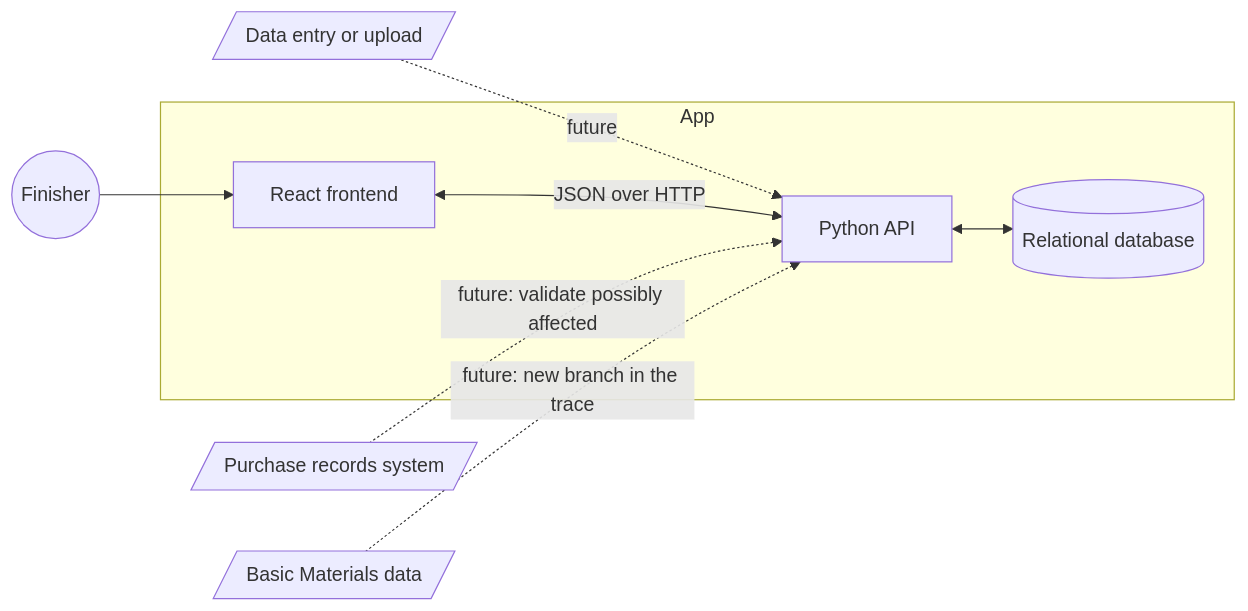
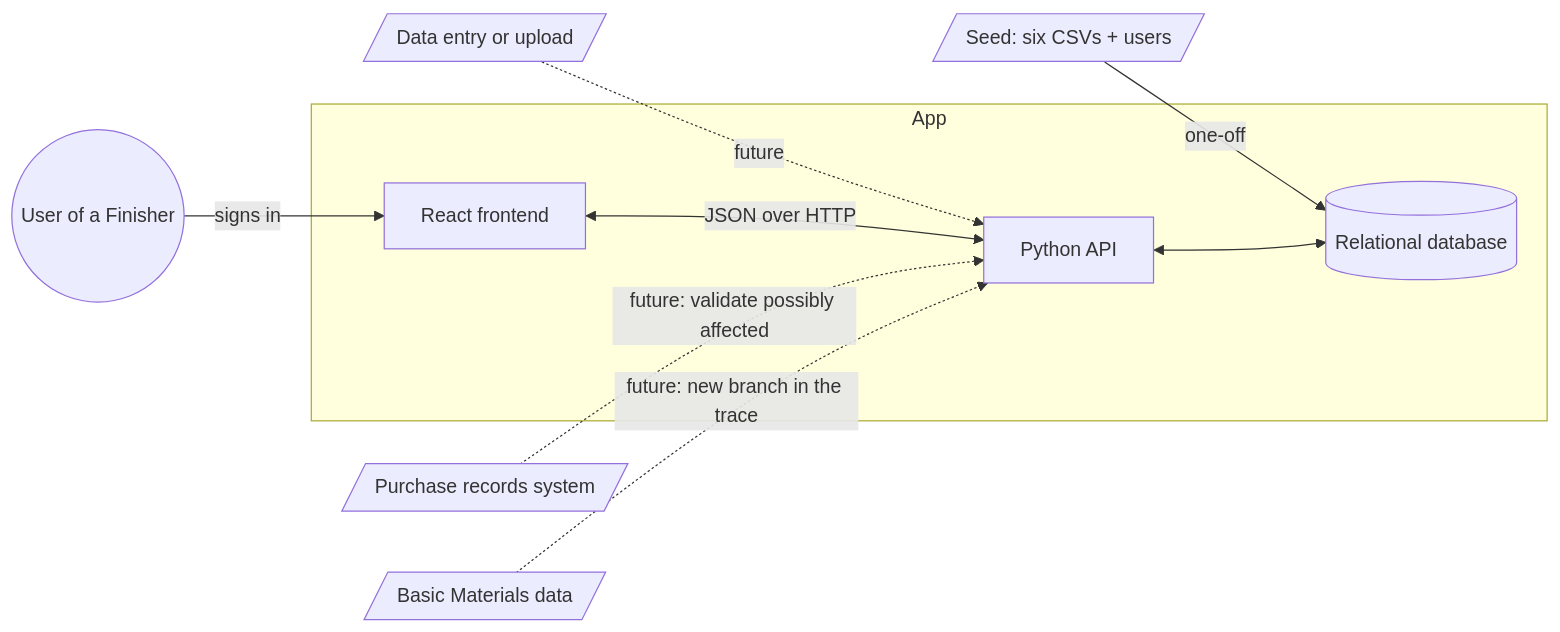
Before and after one commit to take-home-tract/FairToy: the first of 4 diagrams in docs/design.md, drawn with Mermaid. The commit also changed other lines of this file and 5 other files, not shown here.

````diff
--- a/docs/design.md
+++ b/docs/design.md
@@ -7,11 +7,12 @@
 ```mermaid
 flowchart LR
+    SEED[/Seed: six CSVs + users/] -->|one-off| DB
     IN[/Data entry or upload/] -.->|future| API
     subgraph App
         UI[React frontend] <-->|JSON over HTTP| API[Python API]
         API <--> DB[(Relational database)]
     end
-    F((Finisher)) --> UI
+    F((User of a Finisher)) -->|signs in| UI
     PR[/Purchase records system/] -.->|future: validate possibly affected| API
     BM[/Basic Materials data/] -.->|future: new branch in the trace| API
 ```
````
